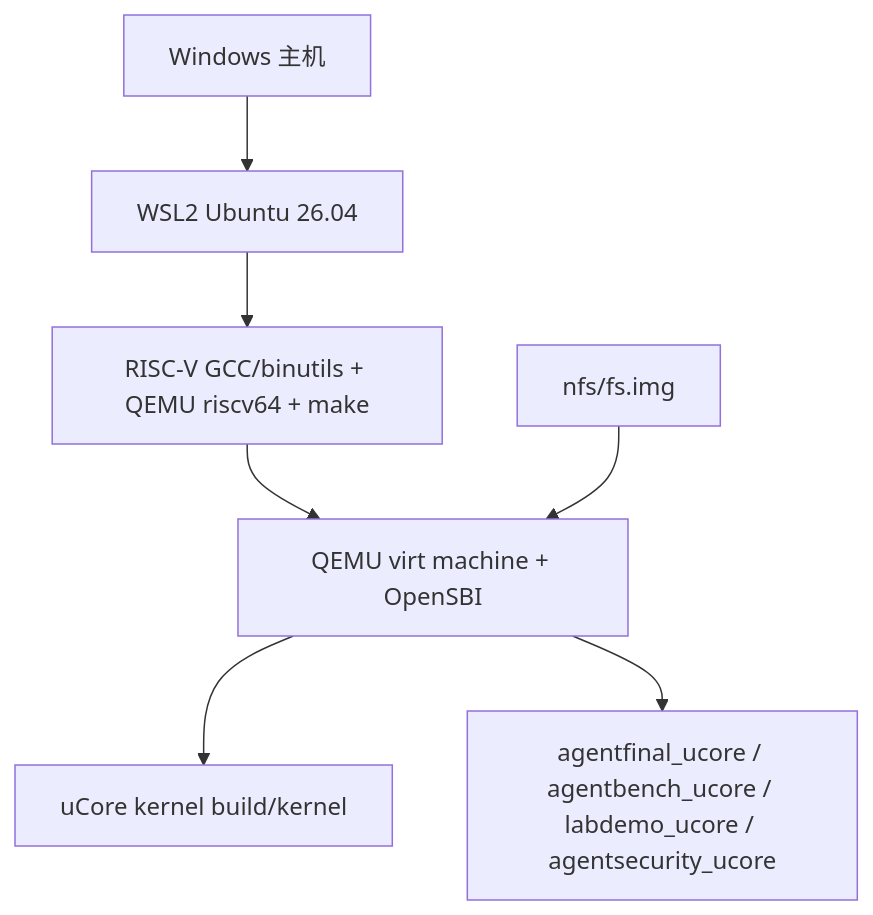
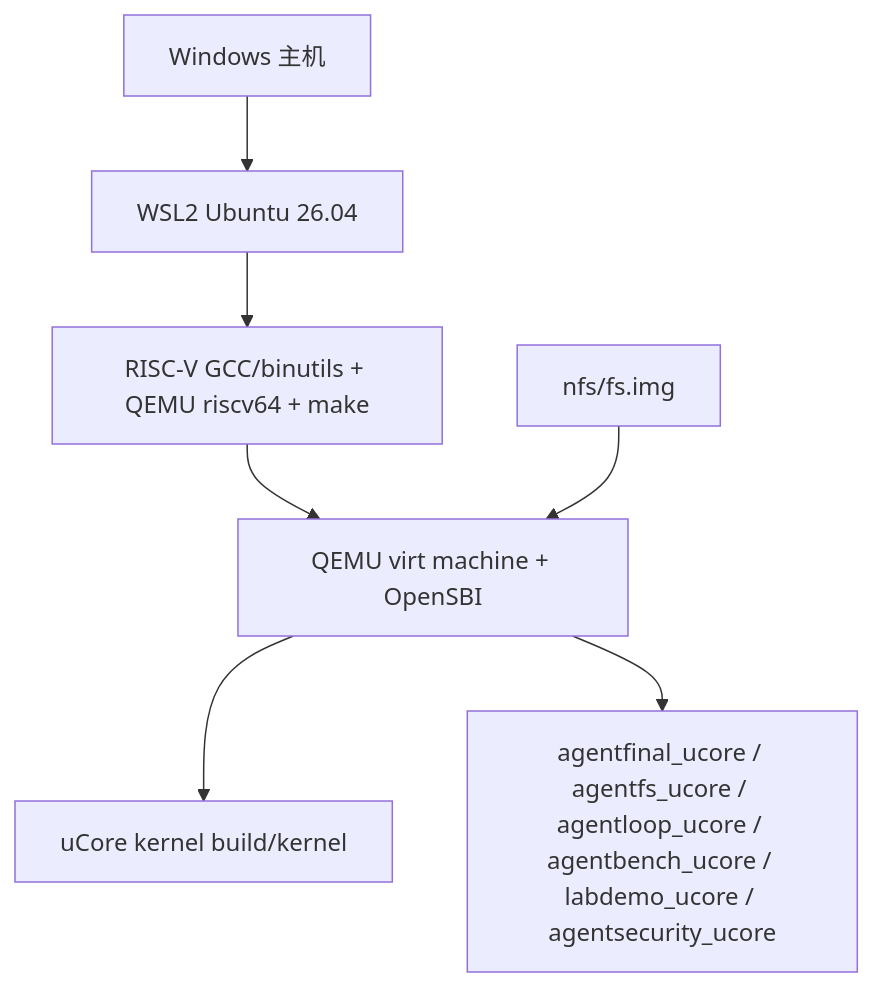
The seventh of 7 diagrams in docs/design.md (yushugulao/Agent-OS), drawn with Mermaid before and after one commit. The commit also changed other lines of this file and 37 other files, not shown here.

````diff
--- a/docs/design.md
+++ b/docs/design.md
@@ -219,13 +221,13 @@
 ```mermaid
 flowchart TB
     Host["Windows 主机"]
     WSL["WSL2 Ubuntu 26.04"]
     Toolchain["RISC-V GCC/binutils + QEMU riscv64 + make"]
     QEMU["QEMU virt machine + OpenSBI"]
     Kernel["uCore kernel build/kernel"]
     FS["nfs/fs.img"]
-    Tests["agentfinal_ucore / agentbench_ucore / labdemo_ucore / agentsecurity_ucore"]
+    Tests["agentfinal_ucore / agentfs_ucore / agentloop_ucore / agentbench_ucore / labdemo_ucore / agentsecurity_ucore"]
     Host --> WSL --> Toolchain --> QEMU --> Kernel
     FS --> QEMU
     QEMU --> Tests
 ```
````
